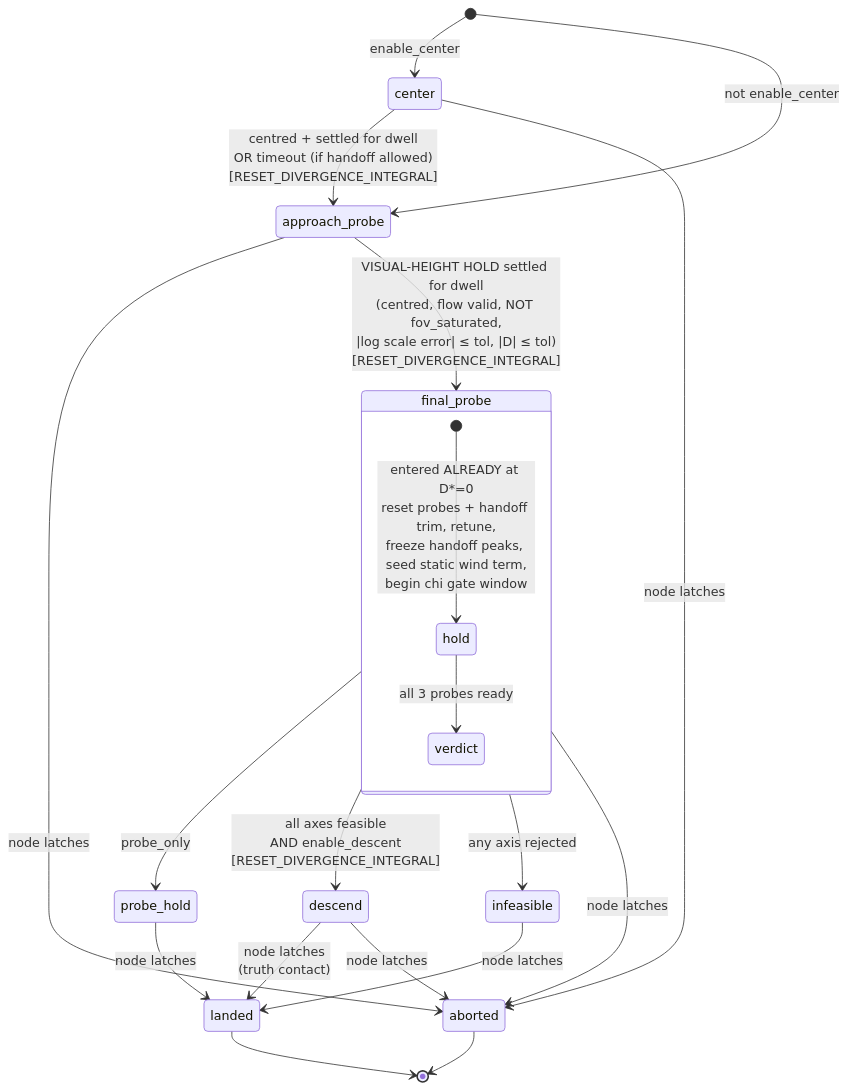
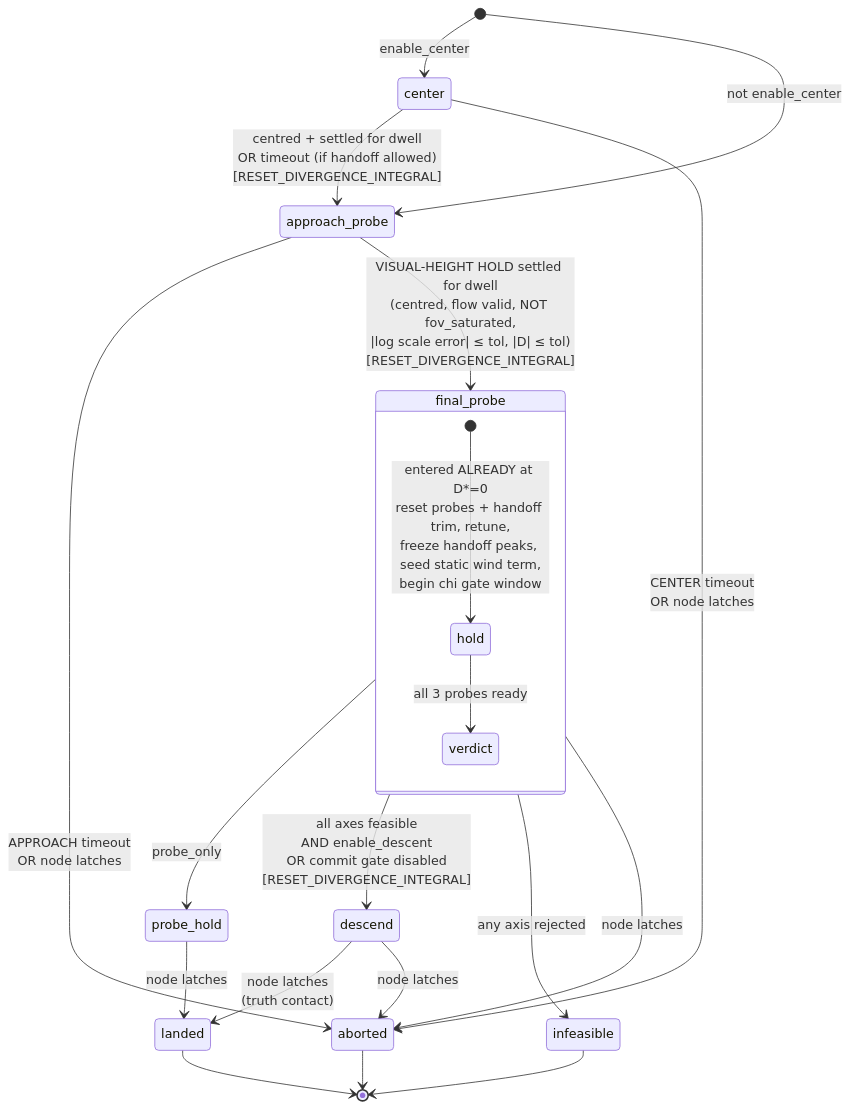
The sixth of 7 diagrams in Controller_logic/README_controller_logic.md (Berffe/OdometryMaxxing), drawn with Mermaid before and after one commit. The commit also changed other lines of this file and 30 other files, not shown here.

````diff
--- a/Controller_logic/README_controller_logic.md
+++ b/Controller_logic/README_controller_logic.md
@@ -717,29 +730,29 @@
 ```mermaid
 stateDiagram-v2
     [*] --> center: enable_center
     [*] --> approach_probe: not enable_center
 
     center --> approach_probe: centred + settled for dwell<br/>OR timeout (if handoff allowed)<br/>[RESET_DIVERGENCE_INTEGRAL]
     approach_probe --> final_probe: VISUAL-HEIGHT HOLD settled for dwell<br/>(centred, flow valid, NOT fov_saturated,<br/>|log scale error| ≤ tol, |D| ≤ tol)<br/>[RESET_DIVERGENCE_INTEGRAL]
 
     state final_probe {
         [*] --> hold: entered ALREADY at D*=0<br/>reset probes + handoff trim, retune,<br/>freeze handoff peaks, seed static wind term,<br/>begin chi gate window
         hold --> verdict: all 3 probes ready
     }
 
     final_probe --> probe_hold: probe_only
-    final_probe --> descend: all axes feasible<br/>AND enable_descent<br/>[RESET_DIVERGENCE_INTEGRAL]
+    final_probe --> descend: all axes feasible<br/>AND enable_descent<br/>OR commit gate disabled<br/>[RESET_DIVERGENCE_INTEGRAL]
     final_probe --> infeasible: any axis rejected
 
     descend --> landed: node latches<br/>(truth contact)
     probe_hold --> landed: node latches
-    infeasible --> landed: node latches
 
-    center --> aborted: node latches
-    approach_probe --> aborted: node latches
+    center --> aborted: CENTER timeout<br/>OR node latches
+    approach_probe --> aborted: APPROACH timeout<br/>OR node latches
     final_probe --> aborted: node latches
     descend --> aborted: node latches
 
     landed --> [*]
+    infeasible --> [*]
     aborted --> [*]
 ```
````
